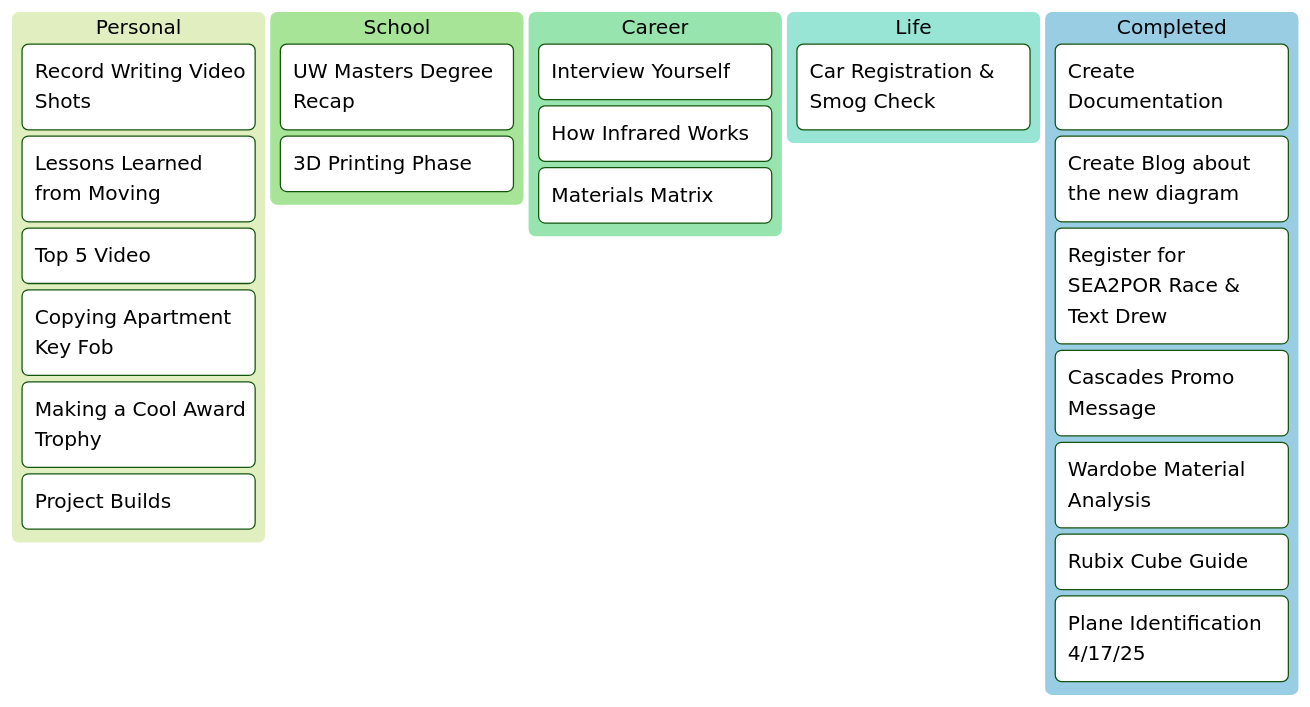
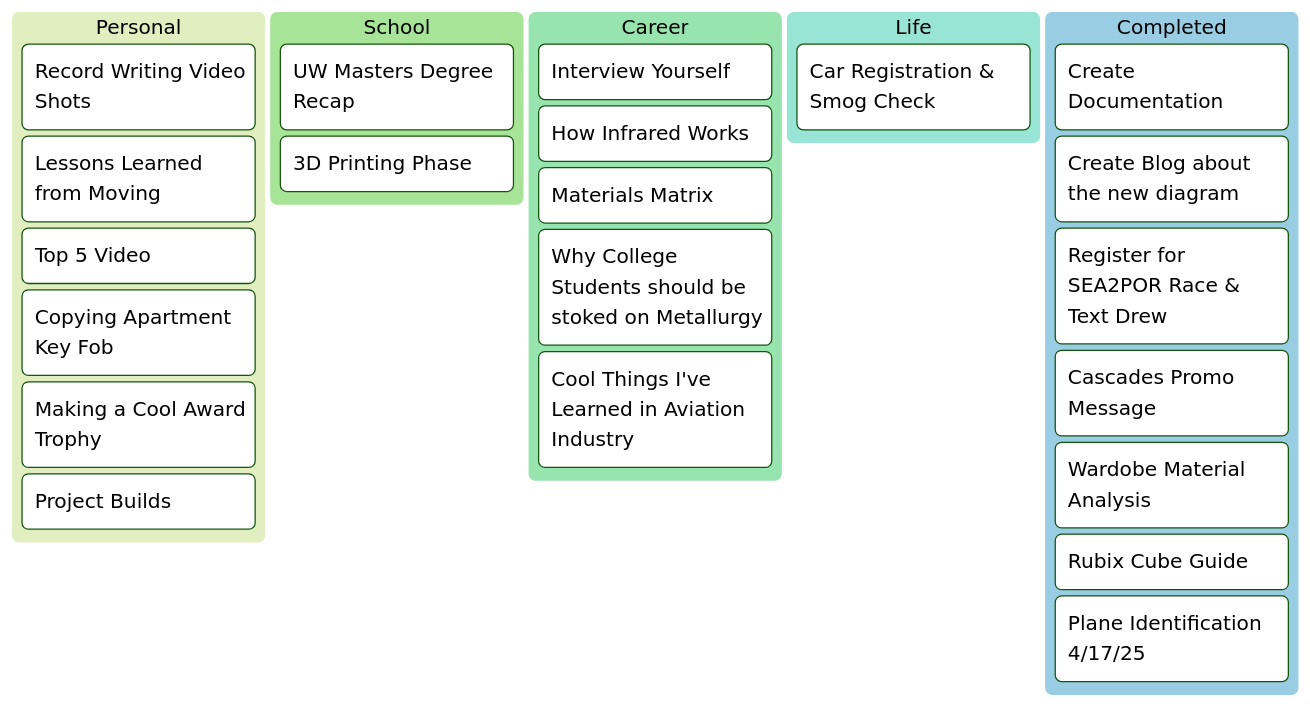
The first of 3 diagrams in Dashboard.md (Bailey-Wu/Bailey-Wu), drawn with Mermaid before and after one commit.

````diff
--- a/Dashboard.md
+++ b/Dashboard.md
@@ -31,28 +31,30 @@
 ```mermaid
 %%{init: {'theme':'forest'}}%%
 kanban
   [Personal]
     [Record Writing Video Shots]
     [Lessons Learned from Moving]
     [Top 5 Video]
     [Copying Apartment Key Fob]
     [Making a Cool Award Trophy]
     [Project Builds]
   [School]
     [UW Masters Degree Recap]
     [3D Printing Phase]
   [Career]
     [Interview Yourself]
     [How Infrared Works]
     [Materials Matrix]
+    [Why College Students should be stoked on Metallurgy]
+    [Cool Things I've Learned in Aviation Industry]
   [Life]
     [Car Registration & Smog Check]
   [Completed]
     [Create Documentation]
     [Create Blog about the new diagram]
     [Register for SEA2POR Race & Text Drew]
     [Cascades Promo Message]
     [Wardobe Material Analysis]
     [Rubix Cube Guide]
     [Plane Identification 4/17/25]
 ```
````
